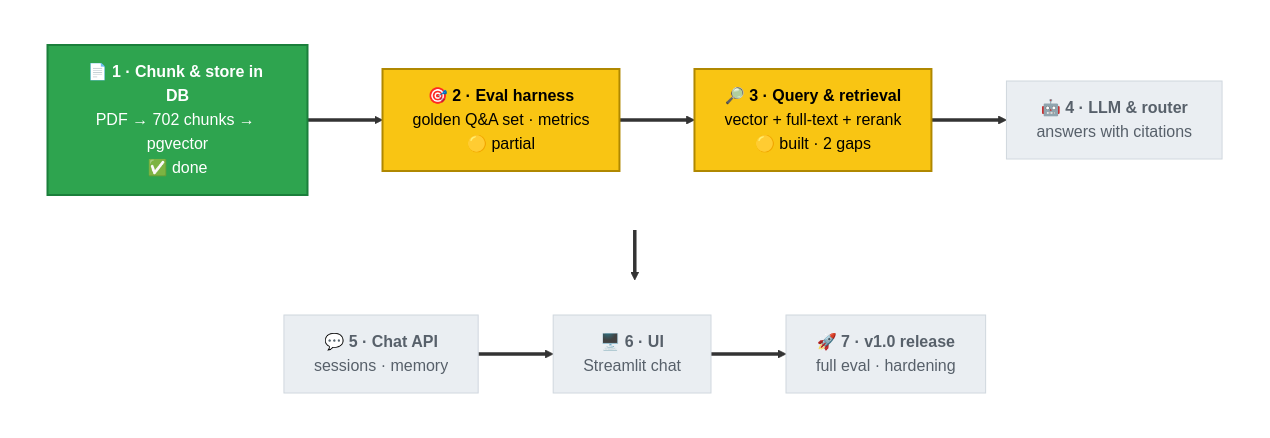
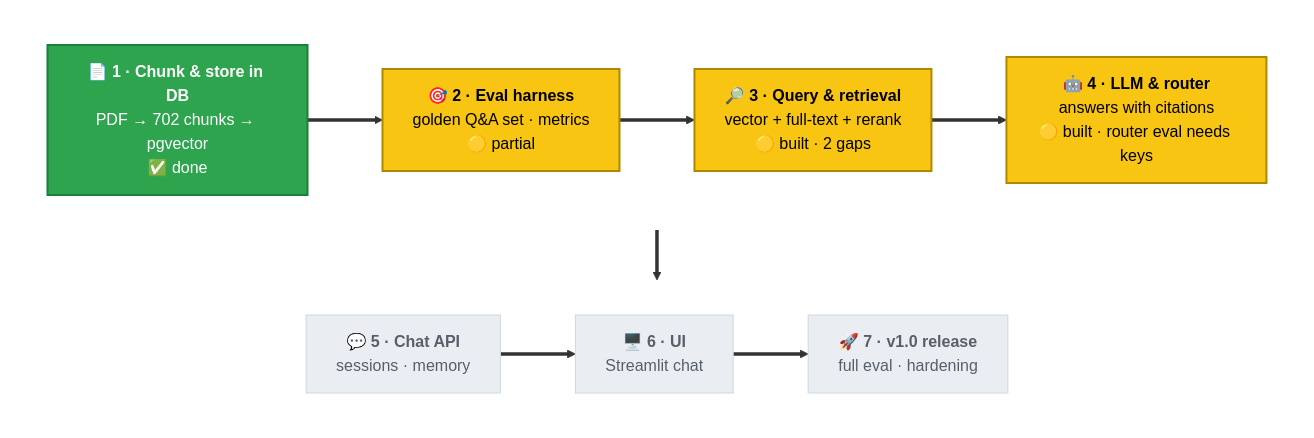
Before and after one commit to sshubham07/anuchhed-ai: the diagram in docs/diagrams/roadmap.mmd, drawn with Mermaid. The commit also changed 72 other files, not shown here.

First line of the commit message:
feat(llm): LiteLLM client, router, answer generation and LangGraph pipeline (Phase 4)

```diff
--- a/docs/diagrams/roadmap.mmd
+++ b/docs/diagrams/roadmap.mmd
@@ -1,15 +1,15 @@
 flowchart TB
     subgraph ROW1 [" "]
         direction LR
-        P1["📄 <b>1 · Chunk & store in DB</b><br/>PDF → 702 chunks → pgvector<br/>✅ done"]:::done ==> P2["🎯 <b>2 · Eval harness</b><br/>golden Q&A set · metrics<br/>🟡 partial"]:::next ==> P3["🔎 <b>3 · Query & retrieval</b><br/>vector + full-text + rerank<br/>🟡 built · 2 gaps"]:::next ==> P4["🤖 <b>4 · LLM & router</b><br/>answers with citations"]:::todo
+        P1["📄 <b>1 · Chunk & store in DB</b><br/>PDF → 702 chunks → pgvector<br/>✅ done"]:::done ==> P2["🎯 <b>2 · Eval harness</b><br/>golden Q&A set · metrics<br/>🟡 partial"]:::next ==> P3["🔎 <b>3 · Query & retrieval</b><br/>vector + full-text + rerank<br/>🟡 built · 2 gaps"]:::next ==> P4["🤖 <b>4 · LLM & router</b><br/>answers with citations<br/>🟡 built · router eval needs keys"]:::next
     end
     subgraph ROW2 [" "]
         direction LR
         P5["💬 <b>5 · Chat API</b><br/>sessions · memory"]:::todo ==> P6["🖥️ <b>6 · UI</b><br/>Streamlit chat"]:::todo ==> P7["🚀 <b>7 · v1.0 release</b><br/>full eval · hardening"]:::todo
     end
     ROW1 ==> ROW2
     classDef done fill:#2ea44f,color:#fff,stroke:#1b7f3b,stroke-width:2px
     classDef next fill:#f9c513,color:#000,stroke:#b08800,stroke-width:2px
     classDef todo fill:#eaeef2,color:#57606a,stroke:#d0d7de
     style ROW1 fill:none,stroke:none
     style ROW2 fill:none,stroke:none
```
